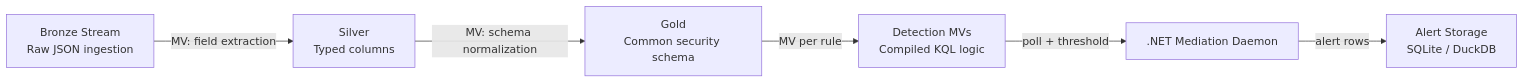
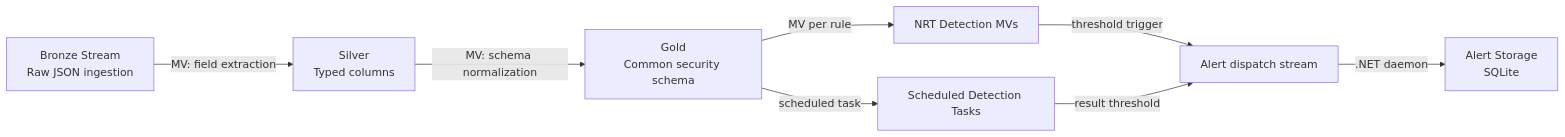
Before and after one commit to DeltaZulu-OU/DeltaZulu.Platform: the second of 5 diagrams in docs/ARCHITECTURE.md, drawn with Mermaid. The commit also changed other lines of this file, not shown here.

Commit message:
Establish DuckDB/Proton engine separation in architecture

````diff
--- a/docs/ARCHITECTURE.md
+++ b/docs/ARCHITECTURE.md
@@ -359,8 +406,10 @@
 ```mermaid
 flowchart LR
     B["Bronze Stream<br/>Raw JSON ingestion"] -->|MV: field extraction| S["Silver<br/>Typed columns"]
     S -->|MV: schema normalization| G["Gold<br/>Common security schema"]
-    G -->|MV per rule| D["Detection MVs<br/>Compiled KQL logic"]
-    D -->|poll + threshold| T[".NET Mediation Daemon"]
-    T -->|alert rows| A["Alert Storage<br/>SQLite / DuckDB"]
+    G -->|MV per rule| NRT["NRT Detection MVs"]
+    G -->|scheduled task| SCH["Scheduled Detection Tasks"]
+    NRT -->|threshold trigger| A["Alert dispatch stream"]
+    SCH -->|result threshold| A
+    A -->|.NET daemon| DB["Alert Storage<br/>SQLite"]
 ```
````
